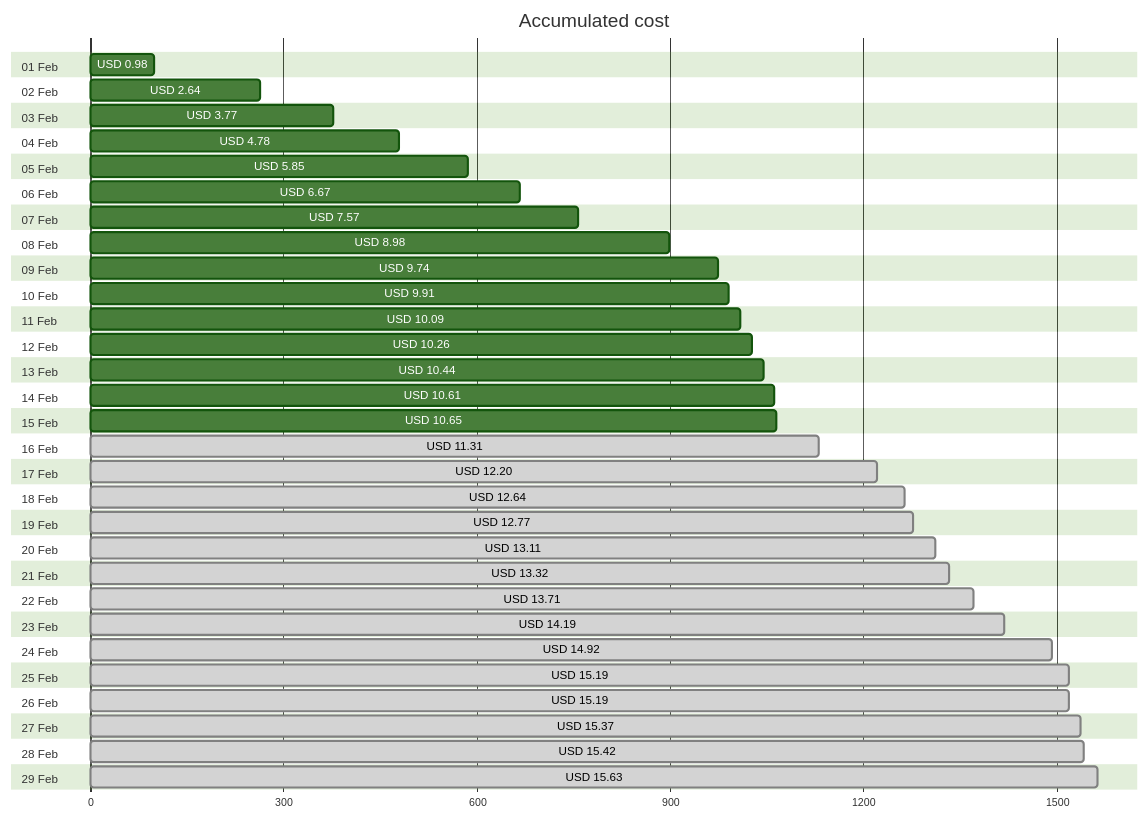
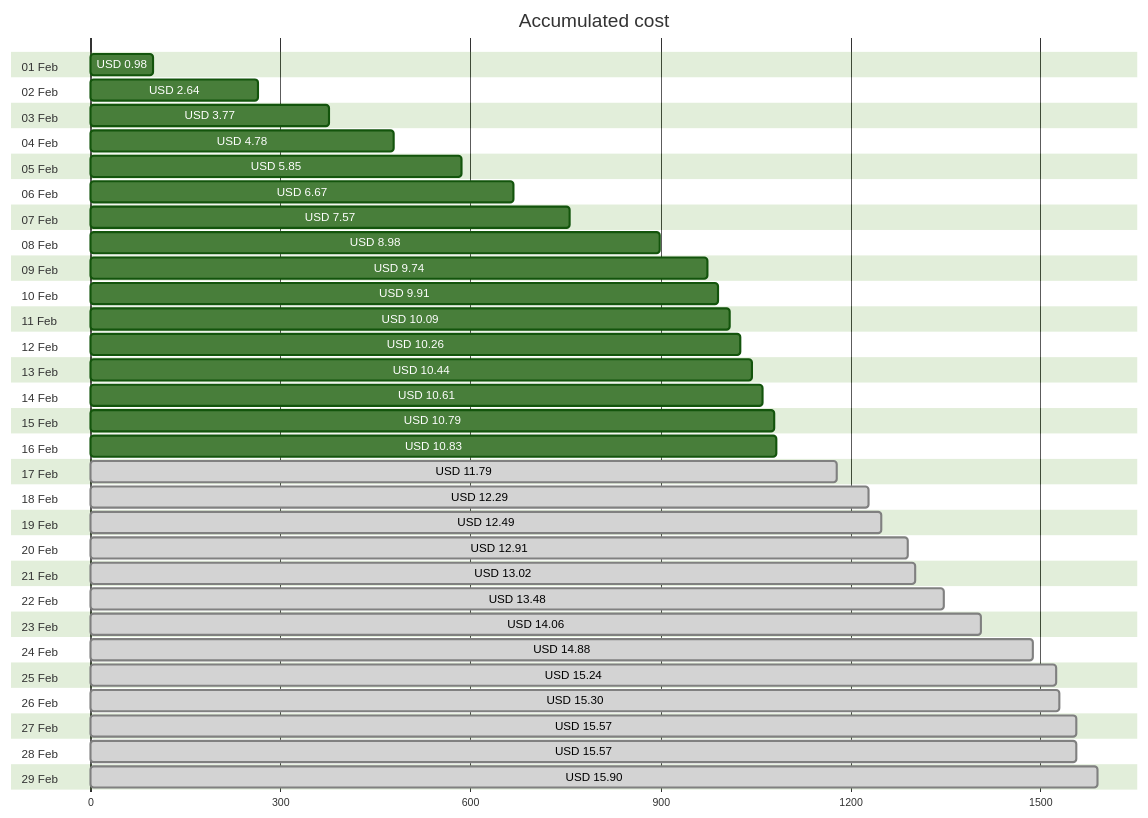
One commit to jpfulton/azure-personal-reports changed the first of 4 diagrams in cost-reports/personal-network/vpn-server.md. Above: the diagram before and after it, drawn with Mermaid (forest theme). The commit also changed other lines of this file and 8 other files, not shown here.

````diff
--- a/cost-reports/personal-network/vpn-server.md
+++ b/cost-reports/personal-network/vpn-server.md
@@ -20,64 +20,64 @@
 ```mermaid
 gantt
    title Accumulated cost
    dateFormat  X
    axisFormat %s
    section 01 Feb
    USD 0.98 :0, 98
    section 02 Feb
    USD 2.64 :0, 264
    section 03 Feb
    USD 3.77 :0, 377
    section 04 Feb
    USD 4.78 :0, 478
    section 05 Feb
    USD 5.85 :0, 585
    section 06 Feb
    USD 6.67 :0, 667
    section 07 Feb
    USD 7.57 :0, 757
    section 08 Feb
    USD 8.98 :0, 898
    section 09 Feb
    USD 9.74 :0, 974
    section 10 Feb
    USD 9.91 :0, 991
    section 11 Feb
    USD 10.09 :0, 1009
    section 12 Feb
    USD 10.26 :0, 1026
    section 13 Feb
    USD 10.44 :0, 1044
    section 14 Feb
    USD 10.61 :0, 1061
    section 15 Feb
-   USD 10.65 :0, 1065
+   USD 10.79 :0, 1079
    section 16 Feb
-   USD 11.31 : done, 0, 1131
+   USD 10.83 :0, 1083
    section 17 Feb
-   USD 12.20 : done, 0, 1220
+   USD 11.79 : done, 0, 1179
    section 18 Feb
-   USD 12.64 : done, 0, 1264
+   USD 12.29 : done, 0, 1229
    section 19 Feb
-   USD 12.77 : done, 0, 1277
+   USD 12.49 : done, 0, 1249
    section 20 Feb
-   USD 13.11 : done, 0, 1311
+   USD 12.91 : done, 0, 1291
    section 21 Feb
-   USD 13.32 : done, 0, 1332
+   USD 13.02 : done, 0, 1302
    section 22 Feb
-   USD 13.71 : done, 0, 1371
+   USD 13.48 : done, 0, 1348
    section 23 Feb
-   USD 14.19 : done, 0, 1419
+   USD 14.06 : done, 0, 1406
    section 24 Feb
-   USD 14.92 : done, 0, 1492
+   USD 14.88 : done, 0, 1488
    section 25 Feb
-   USD 15.19 : done, 0, 1519
+   USD 15.24 : done, 0, 1524
    section 26 Feb
-   USD 15.19 : done, 0, 1519
+   USD 15.30 : done, 0, 1530
    section 27 Feb
-   USD 15.37 : done, 0, 1537
+   USD 15.57 : done, 0, 1557
    section 28 Feb
-   USD 15.42 : done, 0, 1542
+   USD 15.57 : done, 0, 1557
    section 29 Feb
-   USD 15.63 : done, 0, 1563
+   USD 15.90 : done, 0, 1590
 ```
````
